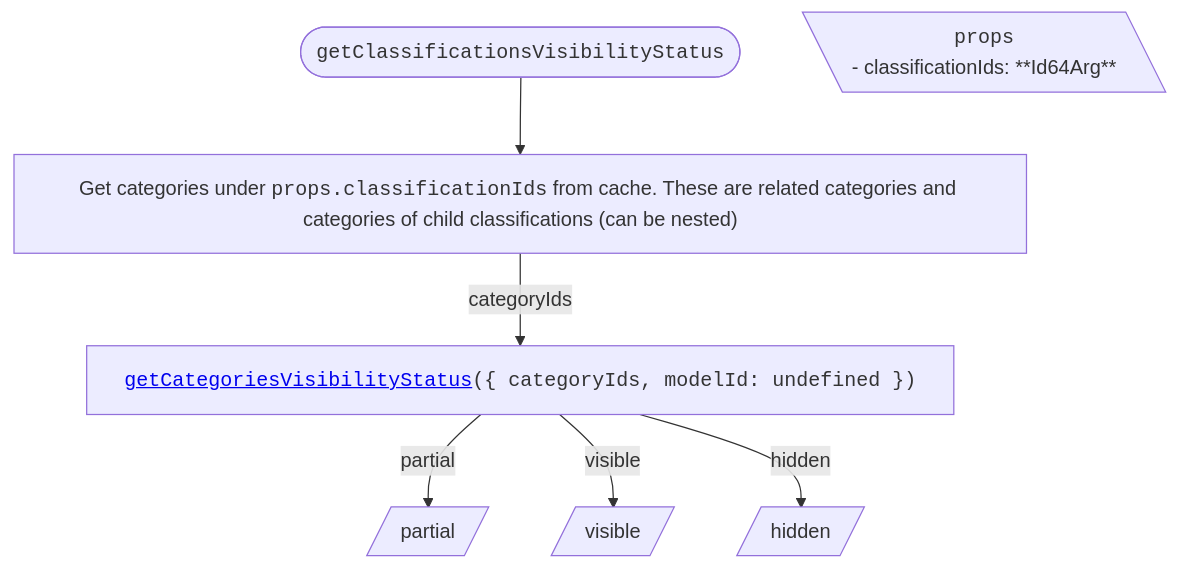
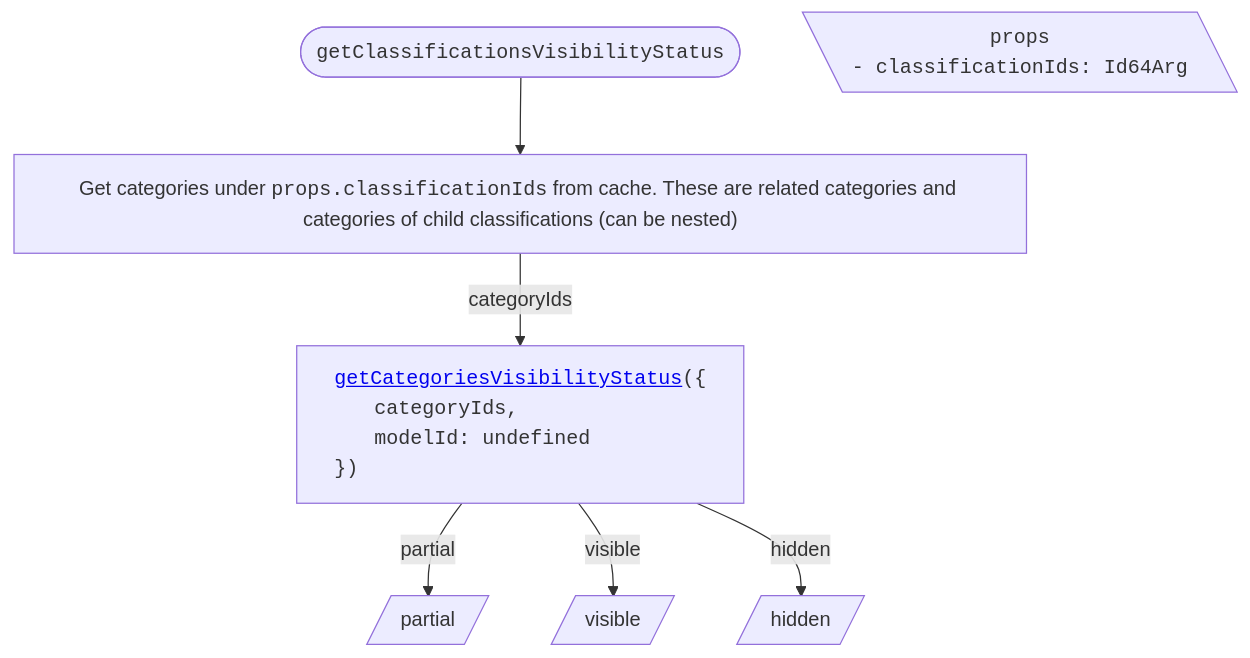
Before and after one commit to iTwin/viewer-components-react: the second of 4 diagrams in packages/itwin/tree-widget/docs/ClassificationsTreeVisibilityHandling.md, drawn with Mermaid. The commit also changed other lines of this file and 7 other files, not shown here.

First line of the commit message:
[Tree widget]: add change visibility mermaid diagrams on `next` (#1674)

````diff
--- a/packages/itwin/tree-widget/docs/ClassificationsTreeVisibilityHandling.md
+++ b/packages/itwin/tree-widget/docs/ClassificationsTreeVisibilityHandling.md
@@ -55,28 +62,31 @@
 ```mermaid
 ---
 config:
   flowchart:
     wrappingWidth: 750
     useMaxWidth: false
 ---
 
 flowchart TD
   RESULT_Partial[/partial/]
   RESULT_Visible[/visible/]
   RESULT_Hidden[/hidden/]
 
   %% Start
-  TITLE(["<code>getClassificationsVisibilityStatus</code>"]) --> A["Get categories under <code>props.classificationIds</code> from cache. These are related categories and categories of child classifications (can be nested)"]
+  TITLE(["<span style='font-family: monospace;'>getClassificationsVisibilityStatus</span>"]) --> A["Get categories under <span style='font-family: monospace;'>props.classificationIds</span> from cache. These are related categories and categories of child classifications (can be nested)"]
 
   PROPS[\"
-    <code>props</code>
-    <div style='text-align: left;'>- classificationIds: **Id64Arg**</div>
+    <span style='font-family: monospace;'>props</span>
+    <span style='display: block; text-align: left; font-family: monospace;'>- classificationIds: Id64Arg</span>
   "\]
 
-  A -- categoryIds --> B["<code><a href='./SharedVisibilityHandling.md#getcategoriesvisibilitystatus'>getCategoriesVisibilityStatus</a>({ categoryIds, modelId: undefined })</code>"]
+  A -- categoryIds --> B["<div style='text-align: left; font-family: monospace;'><a href='./SharedVisibilityHandling.md#getcategoriesvisibilitystatus'>getCategoriesVisibilityStatus</a>({
+    <span style='padding-left: 2rem;'>categoryIds,</span>
+    <span style='padding-left: 2rem;'>modelId: undefined</span>
+    })</div>"]
 
   %% Results
   B -- partial --> RESULT_Partial
   B -- visible --> RESULT_Visible
   B -- hidden --> RESULT_Hidden
 ```
````
